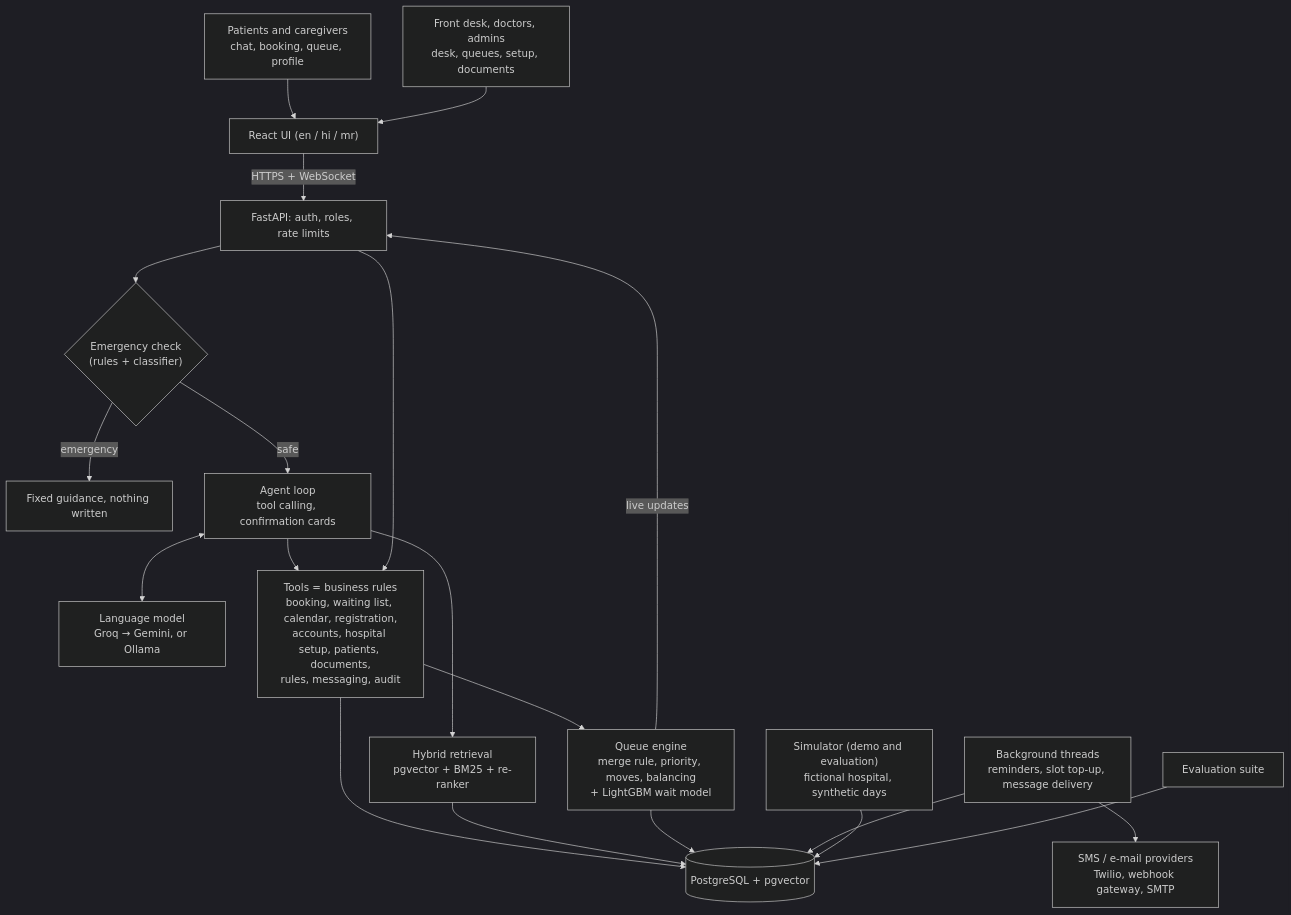
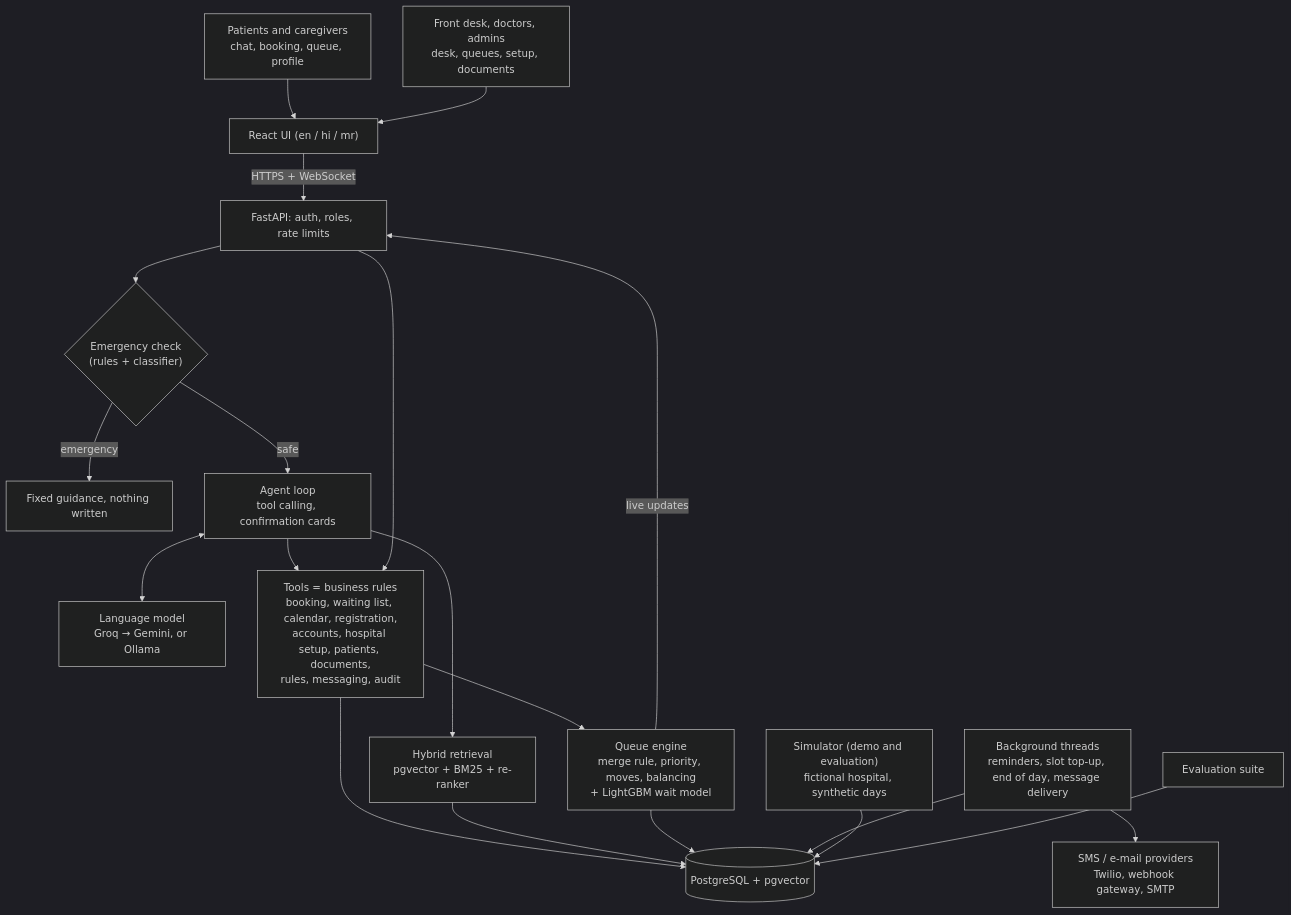
One commit to OmkarJayvantJadhav/CareFlow changed the first of 3 diagrams in docs/CareFlow-Project-Documentation.md. Above: the diagram before and after it, drawn with Mermaid (dark theme). The commit also changed other lines of this file and 10 other files, not shown here.

````diff
--- a/docs/CareFlow-Project-Documentation.md
+++ b/docs/CareFlow-Project-Documentation.md
@@ -564,22 +564,22 @@
 ```mermaid
 flowchart TB
     P["Patients and caregivers<br/>chat, booking, queue, profile"] --> UI
     S["Front desk, doctors, admins<br/>desk, queues, setup, documents"] --> UI
     UI["React UI (en / hi / mr)"] -->|HTTPS + WebSocket| API["FastAPI: auth, roles, rate limits"]
     API --> G{"Emergency check<br/>(rules + classifier)"}
     G -->|emergency| E["Fixed guidance, nothing written"]
     G -->|safe| A["Agent loop<br/>tool calling, confirmation cards"]
     A <--> LLM["Language model<br/>Groq → Gemini, or Ollama"]
     A --> T
     API --> T["Tools = business rules<br/>booking, waiting list, calendar, registration,<br/>accounts, hospital setup, patients, documents,<br/>rules, messaging, audit"]
     A --> R["Hybrid retrieval<br/>pgvector + BM25 + re-ranker"]
     T --> Q["Queue engine<br/>merge rule, priority, moves, balancing<br/>+ LightGBM wait model"]
     T --> DB[("PostgreSQL + pgvector")]
     R --> DB
     Q --> DB
     Q -->|live updates| API
-    W["Background threads<br/>reminders, slot top-up, message delivery"] --> DB
+    W["Background threads<br/>reminders, slot top-up, end of day, message delivery"] --> DB
     W --> X["SMS / e-mail providers<br/>Twilio, webhook gateway, SMTP"]
     SIM["Simulator (demo and evaluation)<br/>fictional hospital, synthetic days"] --> DB
     EV["Evaluation suite"] --> DB
 ```
````
